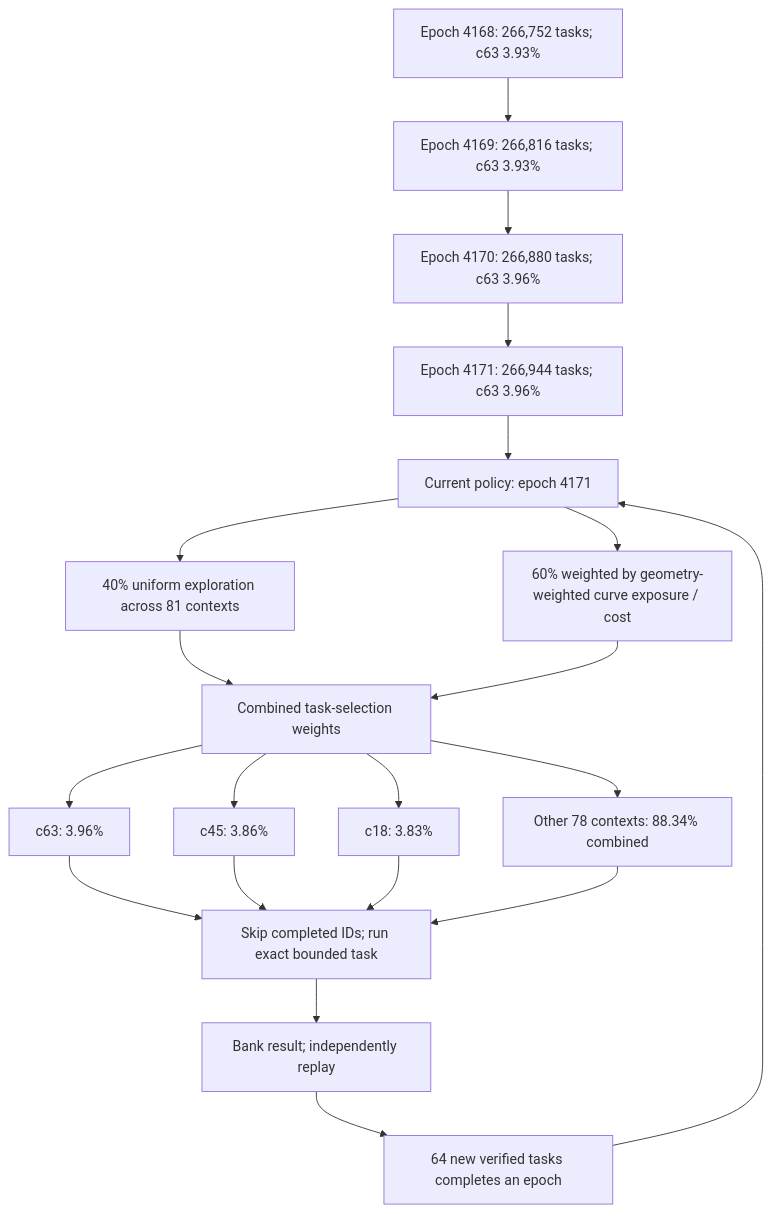
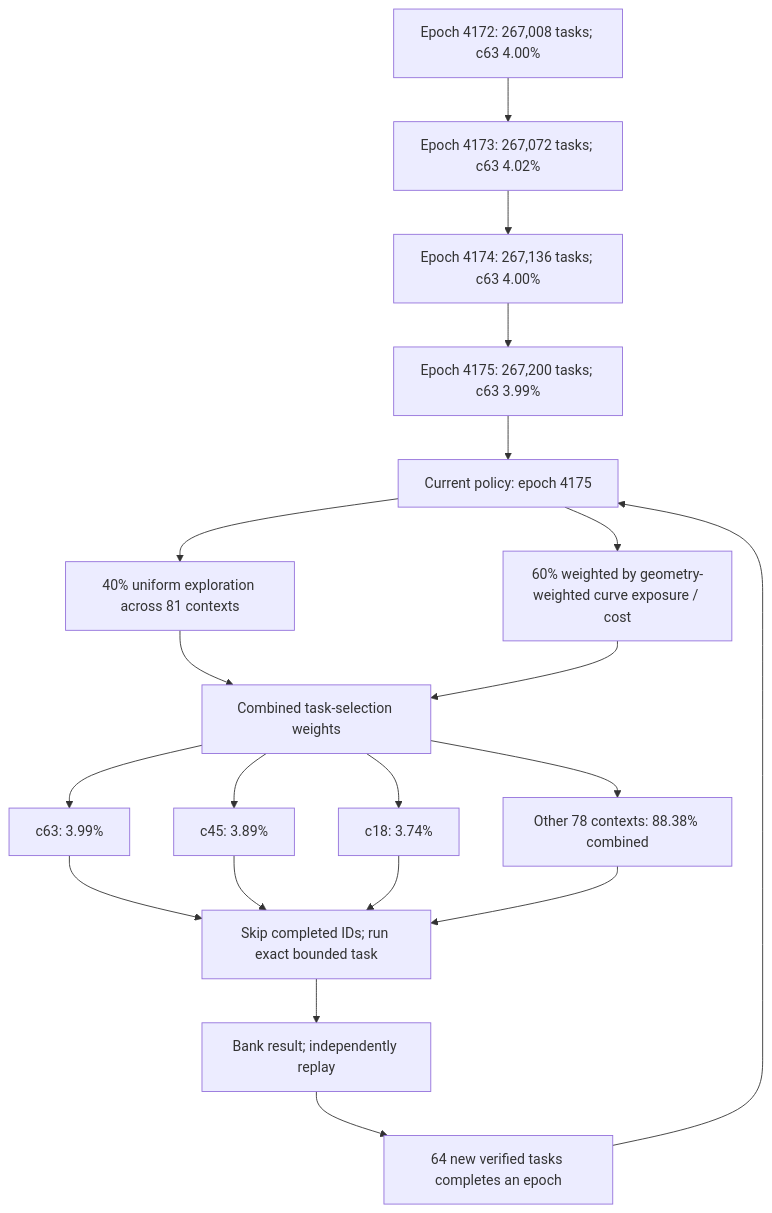
One commit to Kuberwastaken/math-gambling changed the first of 3 diagrams in README.md. Above: the diagram before and after it, drawn with Mermaid. The commit also changed other lines of this file and 541 other files, not shown here.

````diff
--- a/README.md
+++ b/README.md
@@ -60,27 +60,27 @@
 ```mermaid
 flowchart TD
-    H0["Epoch 4168: 266,752 tasks; c63 3.93%"]
-    H1["Epoch 4169: 266,816 tasks; c63 3.93%"]
+    H0["Epoch 4172: 267,008 tasks; c63 4.00%"]
+    H1["Epoch 4173: 267,072 tasks; c63 4.02%"]
     H0 --> H1
-    H2["Epoch 4170: 266,880 tasks; c63 3.96%"]
+    H2["Epoch 4174: 267,136 tasks; c63 4.00%"]
     H1 --> H2
-    H3["Epoch 4171: 266,944 tasks; c63 3.96%"]
+    H3["Epoch 4175: 267,200 tasks; c63 3.99%"]
     H2 --> H3
-    Policy["Current policy: epoch 4171"]
+    Policy["Current policy: epoch 4175"]
     H3 --> Policy
     Policy --> Explore["40% uniform exploration across 81 contexts"]
     Policy --> Cost["60% weighted by geometry-weighted curve exposure / cost"]
     Explore --> Mix["Combined task-selection weights"]
     Cost --> Mix
-    Mix --> C0["c63: 3.96%"]
-    Mix --> C1["c45: 3.86%"]
-    Mix --> C2["c18: 3.83%"]
-    Mix --> Rest["Other 78 contexts: 88.34% combined"]
+    Mix --> C0["c63: 3.99%"]
+    Mix --> C1["c45: 3.89%"]
+    Mix --> C2["c18: 3.74%"]
+    Mix --> Rest["Other 78 contexts: 88.38% combined"]
     C0 --> Check["Skip completed IDs; run exact bounded task"]
     C1 --> Check
     C2 --> Check
     Rest --> Check
     Check --> Replay["Bank result; independently replay"]
     Replay --> Gate["64 new verified tasks completes an epoch"]
     Gate --> Policy
 ```
````
